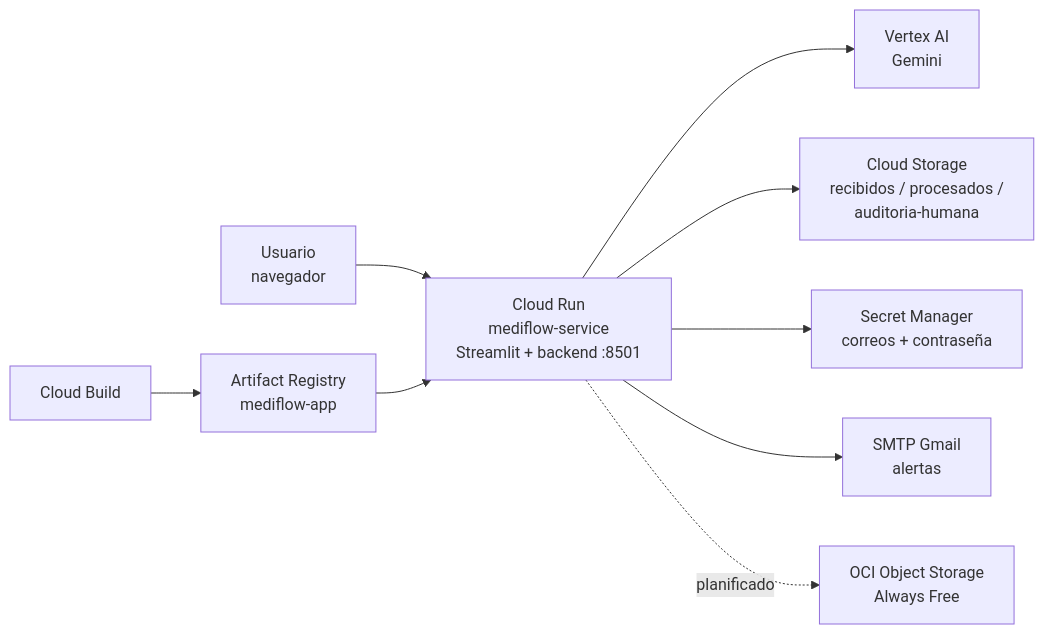
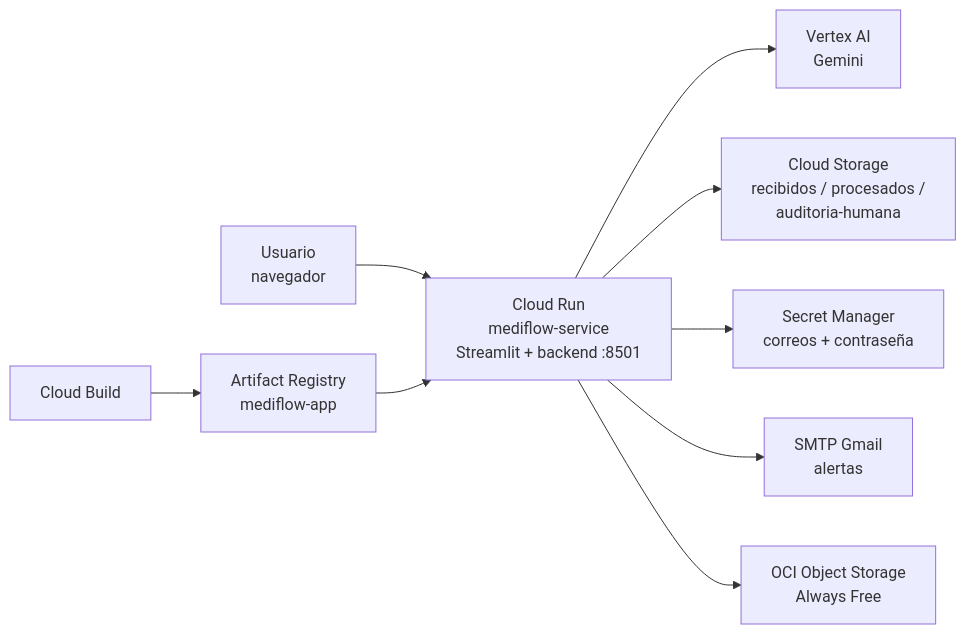
One commit to No-Country-simulation/G10-LATAM-EQUIPO50-MediFlow changed the diagram in docs/infraestructura_cloud.md. Above: the diagram before and after it, drawn with Mermaid.

````diff
--- a/docs/infraestructura_cloud.md
+++ b/docs/infraestructura_cloud.md
@@ -7,11 +7,11 @@
 ```mermaid
 flowchart LR
     U["Usuario\nnavegador"] --> CR["Cloud Run\nmediflow-service\nStreamlit + backend :8501"]
     CR --> VX["Vertex AI\nGemini"]
     CR --> GCS["Cloud Storage\nrecibidos / procesados /\nauditoria-humana"]
     CR --> SM["Secret Manager\ncorreos + contraseña"]
     CR --> GM["SMTP Gmail\nalertas"]
-    CR -.->|planificado| OCI["OCI Object Storage\nAlways Free"]
+    CR --> OCI["OCI Object Storage\nAlways Free"]
     AR["Artifact Registry\nmediflow-app"] --> CR
     CB["Cloud Build"] --> AR
 ```
````
